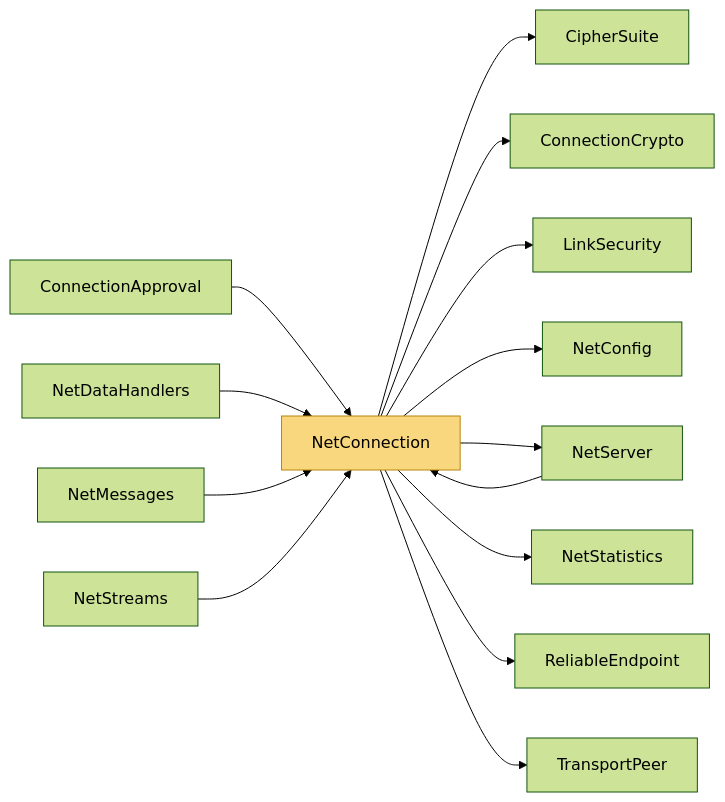
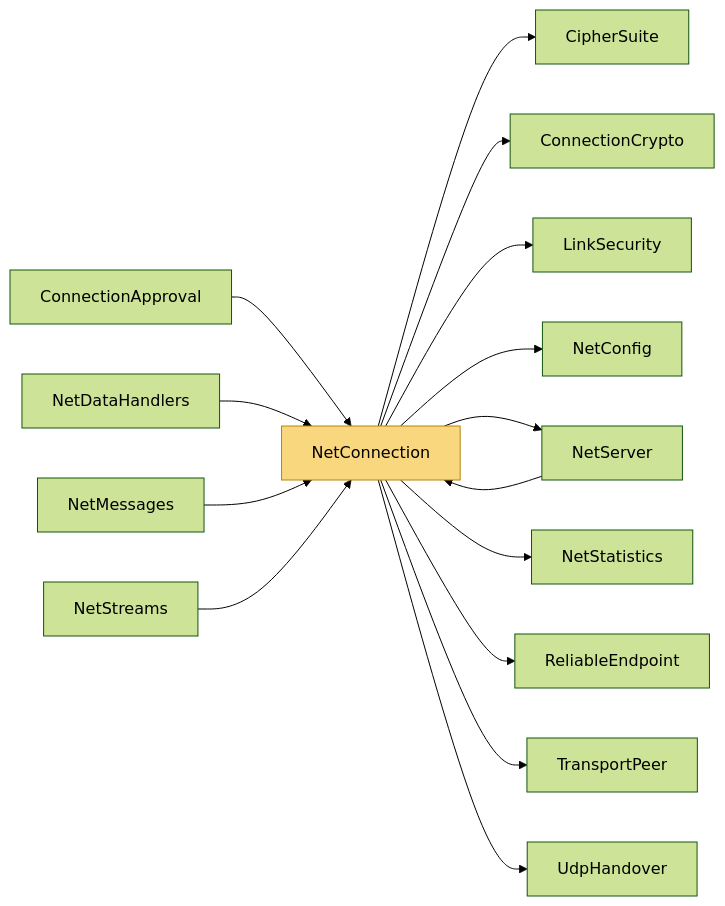
The diagram in docs/Code/Peers/NetConnection.md (VladislavKresov/NetSync), drawn with Mermaid (forest theme) before and after one commit. The commit also changed other lines of this file and 56 other files, not shown here.

Commit message:
Docs: limitations and roadmap after rc.6 work; regenerated code reference

````diff
--- a/docs/Code/Peers/NetConnection.md
+++ b/docs/Code/Peers/NetConnection.md
@@ -82,18 +84,19 @@
 ```mermaid
 flowchart LR
   m_NetConnection["NetConnection"]:::self
   m_NetConnection --> m_CipherSuite["CipherSuite"]
   m_NetConnection --> m_ConnectionCrypto["ConnectionCrypto"]
   m_NetConnection --> m_LinkSecurity["LinkSecurity"]
   m_NetConnection --> m_NetConfig["NetConfig"]
   m_NetConnection --> m_NetServer["NetServer"]
   m_NetConnection --> m_NetStatistics["NetStatistics"]
   m_NetConnection --> m_ReliableEndpoint["ReliableEndpoint"]
   m_NetConnection --> m_TransportPeer["TransportPeer"]
+  m_NetConnection --> m_UdpHandover["UdpHandover"]
   m_ConnectionApproval["ConnectionApproval"] --> m_NetConnection
   m_NetDataHandlers["NetDataHandlers"] --> m_NetConnection
   m_NetMessages["NetMessages"] --> m_NetConnection
   m_NetServer --> m_NetConnection
   m_NetStreams["NetStreams"] --> m_NetConnection
   classDef self fill:#f9d77e,stroke:#b8860b,color:#000
 ```
````
